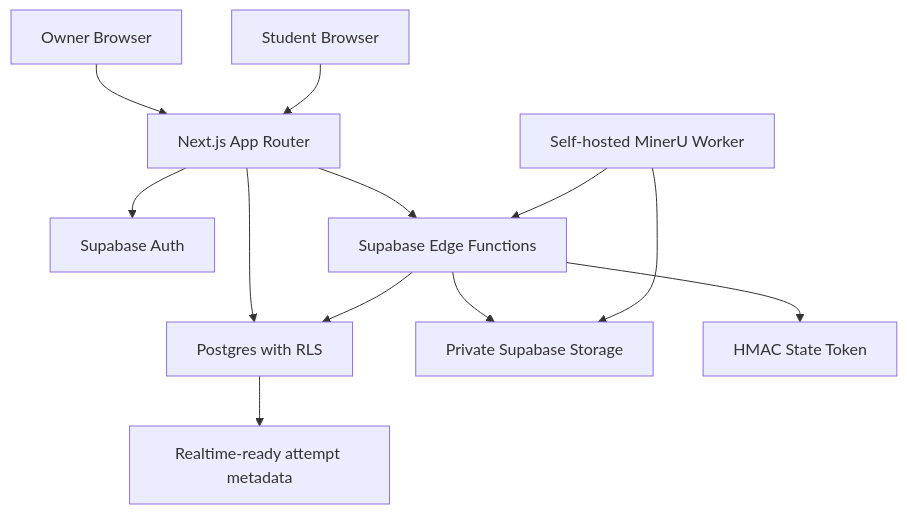
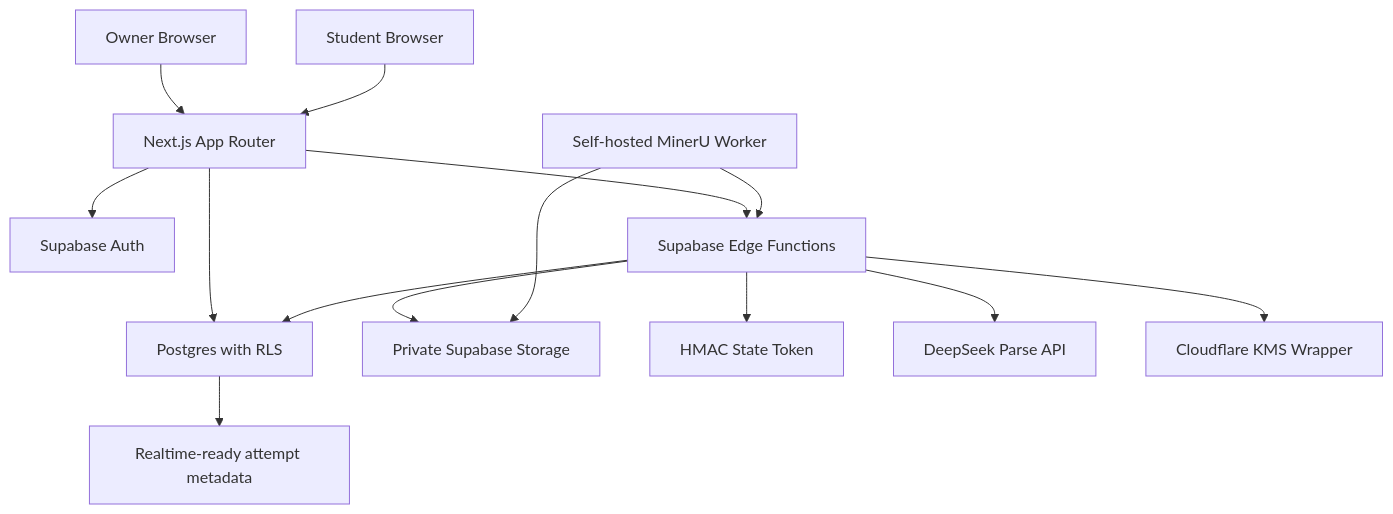
The first of 2 diagrams in ARCHITECTURE.md (123UsernamemanresU321/ExamSim), drawn with Mermaid before and after one commit. The commit also changed other lines of this file and 47 other files, not shown here.

````diff
--- a/ARCHITECTURE.md
+++ b/ARCHITECTURE.md
@@ -3,14 +3,16 @@
 ```mermaid
 flowchart TD
   Owner["Owner Browser"] --> Next["Next.js App Router"]
   Student["Student Browser"] --> Next
   Next --> SupabaseAuth["Supabase Auth"]
   Next --> RLS["Postgres with RLS"]
   Next --> Edge["Supabase Edge Functions"]
   Edge --> RLS
   Edge --> Storage["Private Supabase Storage"]
   Edge --> Token["HMAC State Token"]
   RLS --> Realtime["Realtime-ready attempt metadata"]
   Worker["Self-hosted MinerU Worker"] --> Edge
   Worker --> Storage
+  Edge --> DeepSeek["DeepSeek Parse API"]
+  Edge --> KMS["Cloudflare KMS Wrapper"]
 ```
````
